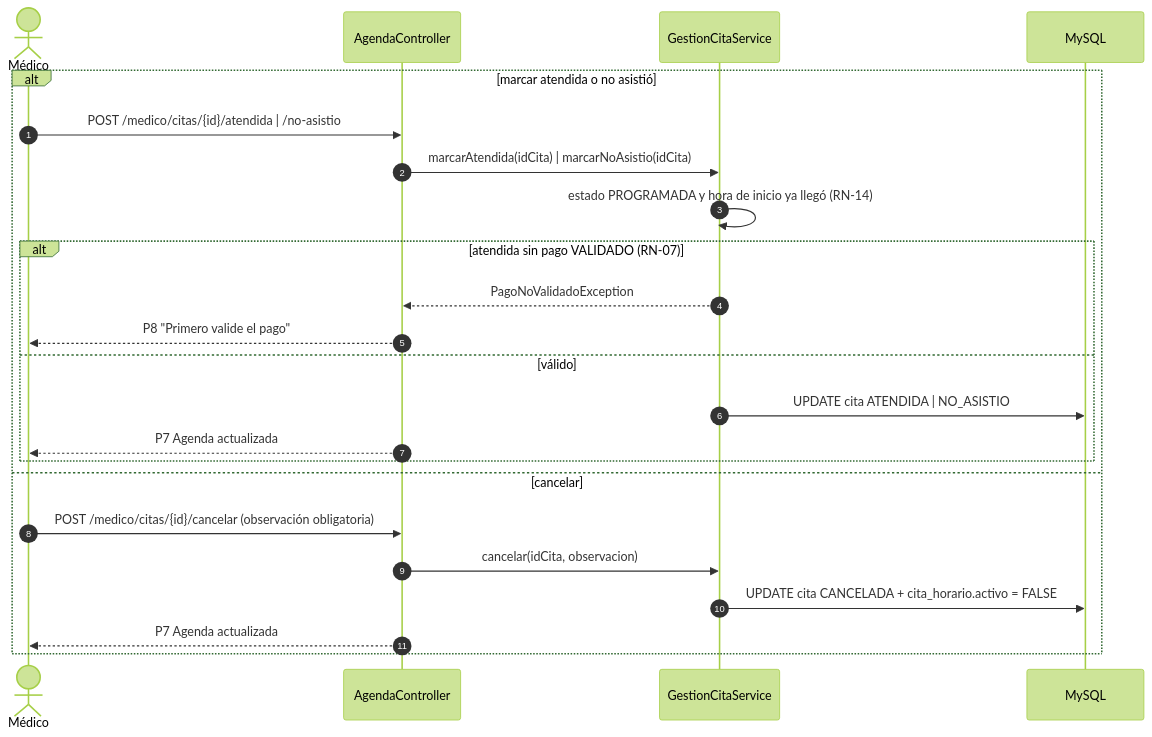
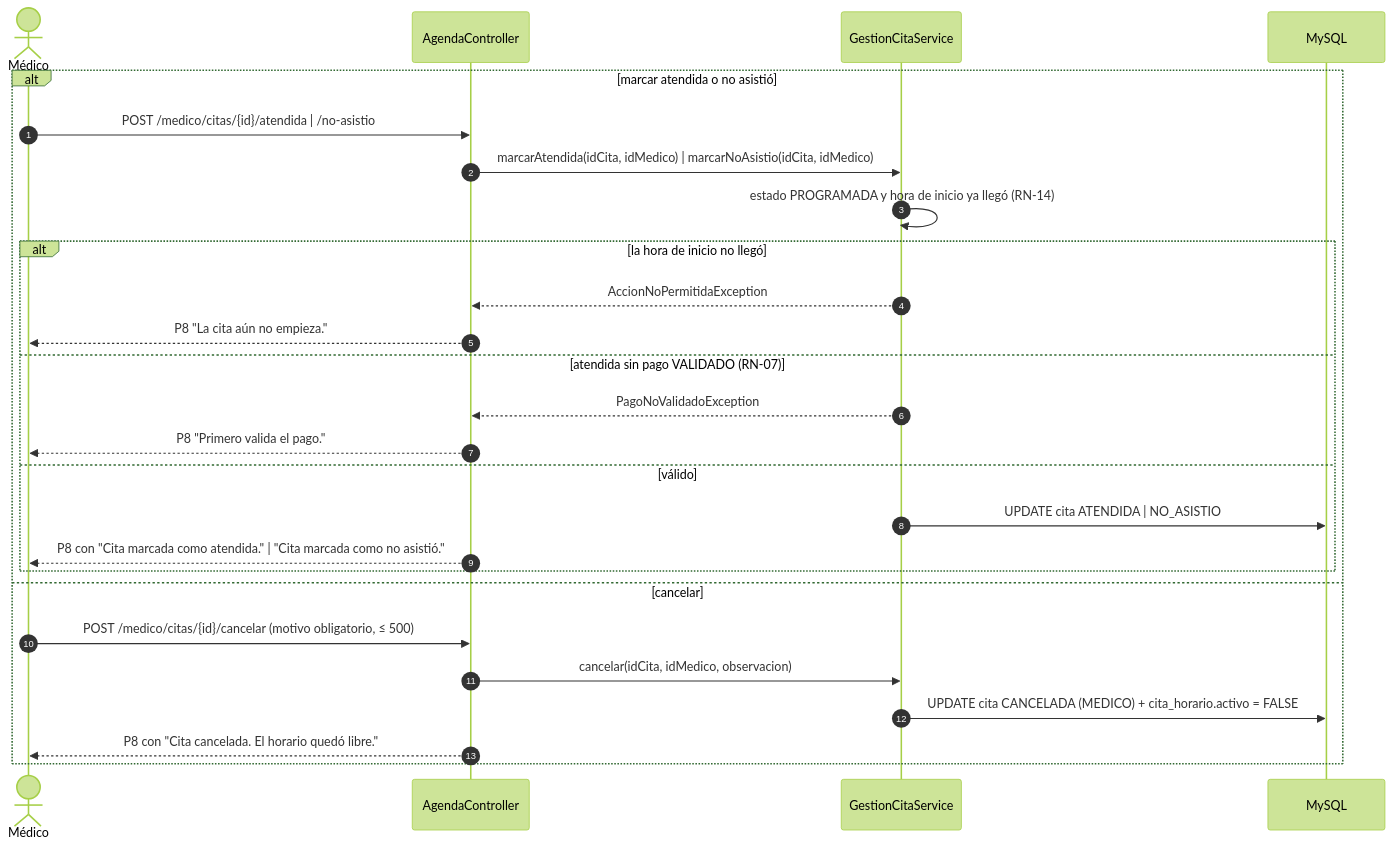
The eighth of 13 diagrams in README.md (manuelguarniz/medifast), drawn with Mermaid (forest theme) before and after one commit. The commit also changed other lines of this file and 37 other files, not shown here.

````diff
--- a/README.md
+++ b/README.md
@@ -614,26 +626,29 @@
 ```mermaid
 sequenceDiagram
     autonumber
     actor Med as Médico
     participant C as AgendaController
     participant G as GestionCitaService
     participant DB as MySQL
 
     alt marcar atendida o no asistió
         Med->>C: POST /medico/citas/{id}/atendida | /no-asistio
-        C->>G: marcarAtendida(idCita) | marcarNoAsistio(idCita)
+        C->>G: marcarAtendida(idCita, idMedico) | marcarNoAsistio(idCita, idMedico)
         G->>G: estado PROGRAMADA y hora de inicio ya llegó (RN-14)
-        alt atendida sin pago VALIDADO (RN-07)
+        alt la hora de inicio no llegó
+            G-->>C: AccionNoPermitidaException
+            C-->>Med: P8 "La cita aún no empieza."
+        else atendida sin pago VALIDADO (RN-07)
             G-->>C: PagoNoValidadoException
-            C-->>Med: P8 "Primero valide el pago"
+            C-->>Med: P8 "Primero valida el pago."
         else válido
             G->>DB: UPDATE cita ATENDIDA | NO_ASISTIO
-            C-->>Med: P7 Agenda actualizada
+            C-->>Med: P8 con "Cita marcada como atendida." | "Cita marcada como no asistió."
         end
     else cancelar
-        Med->>C: POST /medico/citas/{id}/cancelar (observación obligatoria)
-        C->>G: cancelar(idCita, observacion)
-        G->>DB: UPDATE cita CANCELADA + cita_horario.activo = FALSE
-        C-->>Med: P7 Agenda actualizada
+        Med->>C: POST /medico/citas/{id}/cancelar (motivo obligatorio, ≤ 500)
+        C->>G: cancelar(idCita, idMedico, observacion)
+        G->>DB: UPDATE cita CANCELADA (MEDICO) + cita_horario.activo = FALSE
+        C-->>Med: P8 con "Cita cancelada. El horario quedó libre."
     end
 ```
````
